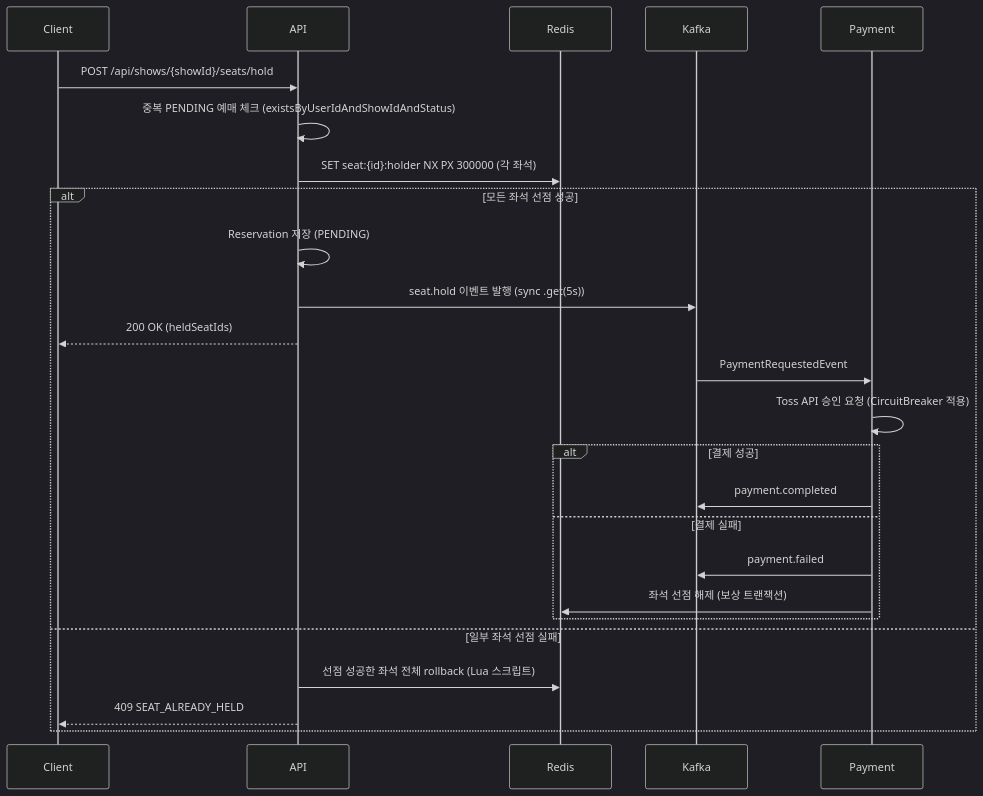
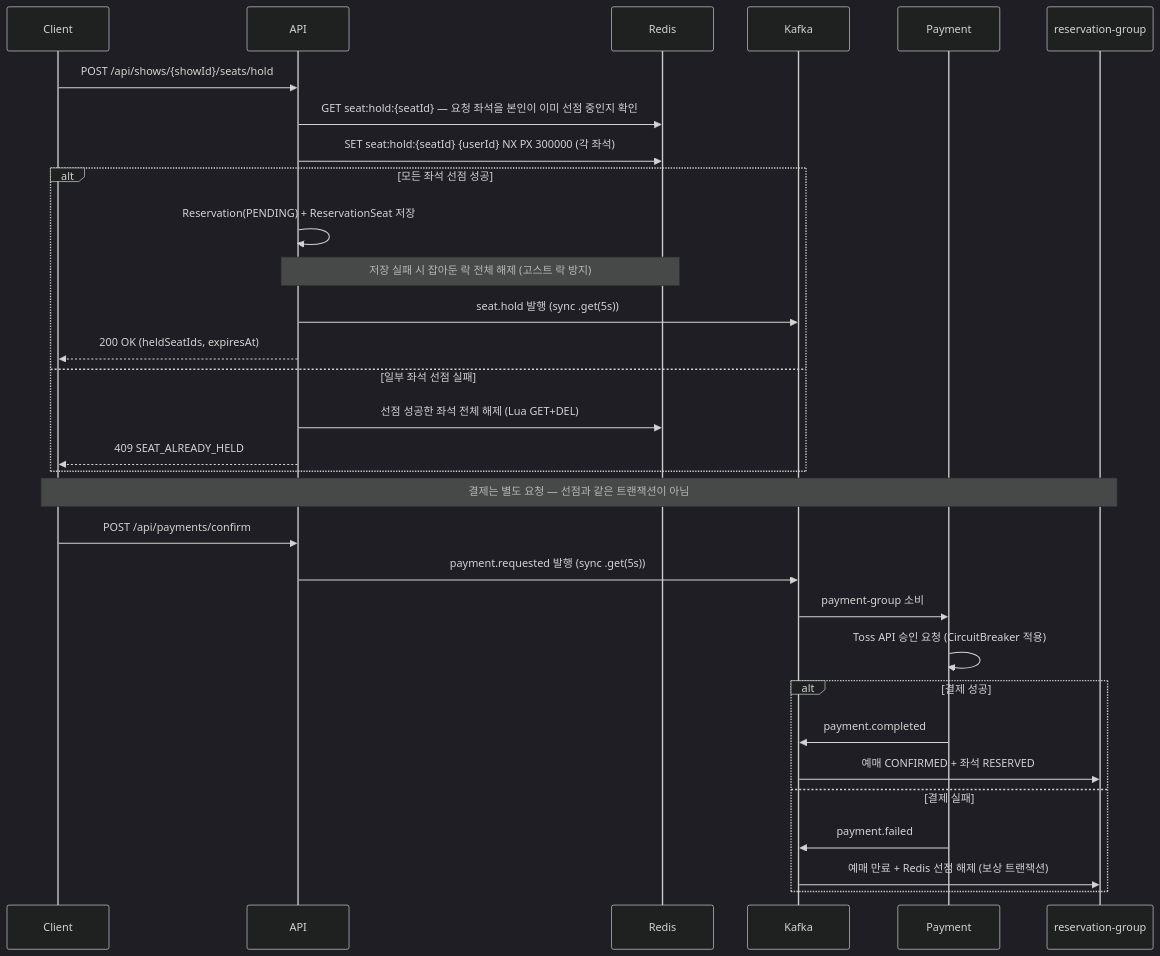
One commit to ingsso/stagepass changed the second of 2 diagrams in README.md. Above: the diagram before and after it, drawn with Mermaid (dark theme). The commit also changed other lines of this file and 1 other file, not shown here.

````diff
--- a/README.md
+++ b/README.md
@@ -169,28 +173,35 @@
 ```mermaid
 sequenceDiagram
     participant C as Client
     participant A as API
     participant R as Redis
     participant K as Kafka
     participant P as Payment
+    participant RC as reservation-group
 
     C->>A: POST /api/shows/{showId}/seats/hold
-    A->>A: 중복 PENDING 예매 체크 (existsByUserIdAndShowIdAndStatus)
-    A->>R: SET seat:{id}:holder NX PX 300000 (각 좌석)
+    A->>R: GET seat:hold:{seatId} — 요청 좌석을 본인이 이미 선점 중인지 확인
+    A->>R: SET seat:hold:{seatId} {userId} NX PX 300000 (각 좌석)
     alt 모든 좌석 선점 성공
-        A->>A: Reservation 저장 (PENDING)
-        A->>K: seat.hold 이벤트 발행 (sync .get(5s))
-        A-->>C: 200 OK (heldSeatIds)
-        K->>P: PaymentRequestedEvent
-        P->>P: Toss API 승인 요청 (CircuitBreaker 적용)
-        alt 결제 성공
-            P->>K: payment.completed
-        else 결제 실패
-            P->>K: payment.failed
-            P->>R: 좌석 선점 해제 (보상 트랜잭션)
-        end
+        A->>A: Reservation(PENDING) + ReservationSeat 저장
+        Note over A,R: 저장 실패 시 잡아둔 락 전체 해제 (고스트 락 방지)
+        A->>K: seat.hold 발행 (sync .get(5s))
+        A-->>C: 200 OK (heldSeatIds, expiresAt)
     else 일부 좌석 선점 실패
-        A->>R: 선점 성공한 좌석 전체 rollback (Lua 스크립트)
+        A->>R: 선점 성공한 좌석 전체 해제 (Lua GET+DEL)
         A-->>C: 409 SEAT_ALREADY_HELD
     end
+
+    Note over C,RC: 결제는 별도 요청 — 선점과 같은 트랜잭션이 아님
+    C->>A: POST /api/payments/confirm
+    A->>K: payment.requested 발행 (sync .get(5s))
+    K->>P: payment-group 소비
+    P->>P: Toss API 승인 요청 (CircuitBreaker 적용)
+    alt 결제 성공
+        P->>K: payment.completed
+        K->>RC: 예매 CONFIRMED + 좌석 RESERVED
+    else 결제 실패
+        P->>K: payment.failed
+        K->>RC: 예매 만료 + Redis 선점 해제 (보상 트랜잭션)
+    end
 ```
````
